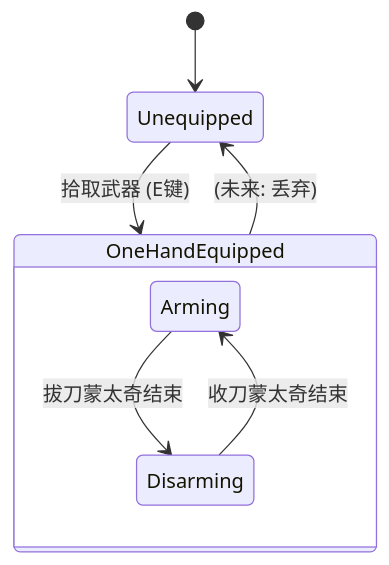
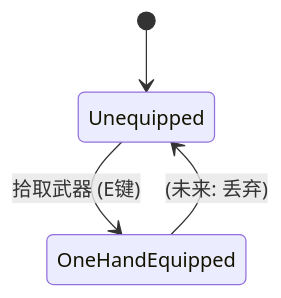
Before and after one commit to Kulahala/UE5-Soulslike-Combat: the third of 6 diagrams in README.md, drawn with Mermaid. The commit also changed other lines of this file and 13 other files, not shown here.

````diff
--- a/README.md
+++ b/README.md
@@ -130,12 +126,7 @@
 ```mermaid
 stateDiagram-v2
     [*] --> Unequipped
 
     Unequipped --> OneHandEquipped : 拾取武器 (E键)
     OneHandEquipped --> Unequipped : (未来: 丢弃)
-
-    state OneHandEquipped {
-        Arming --> Disarming : 拔刀蒙太奇结束
-        Disarming --> Arming : 收刀蒙太奇结束
-    }
 ```
````
